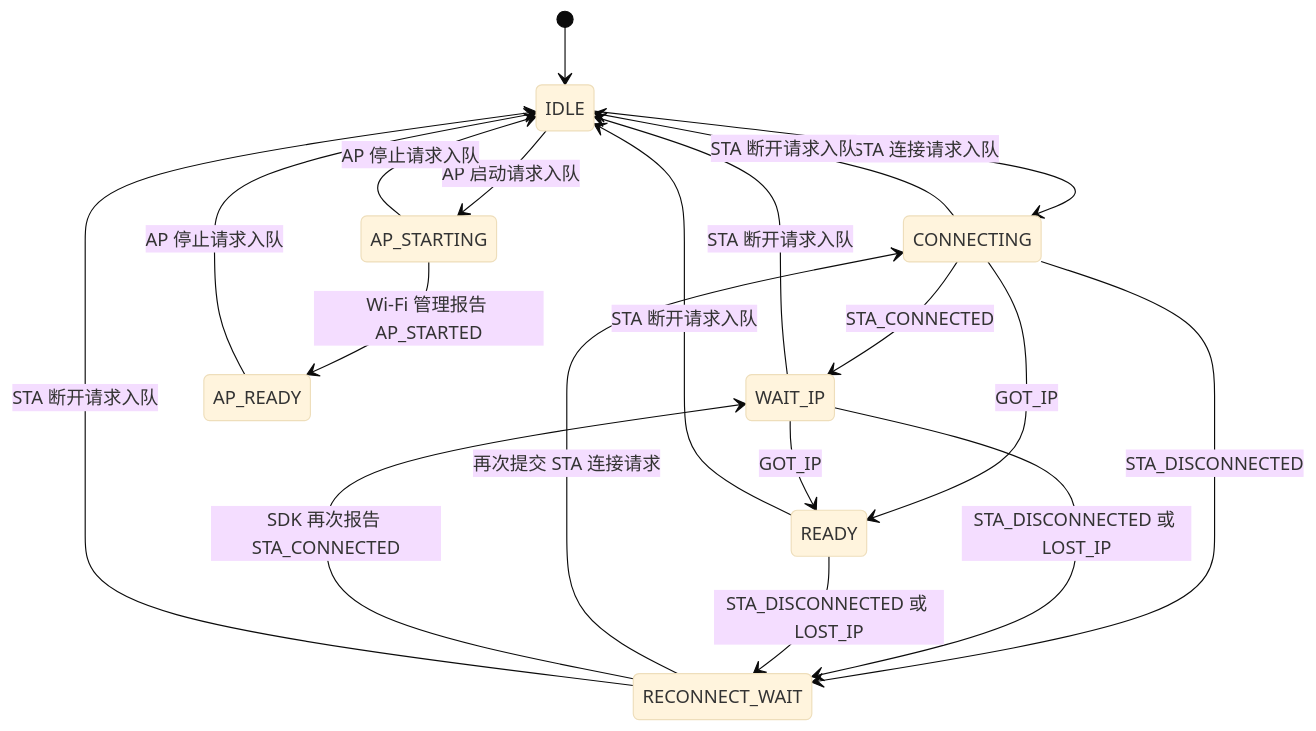
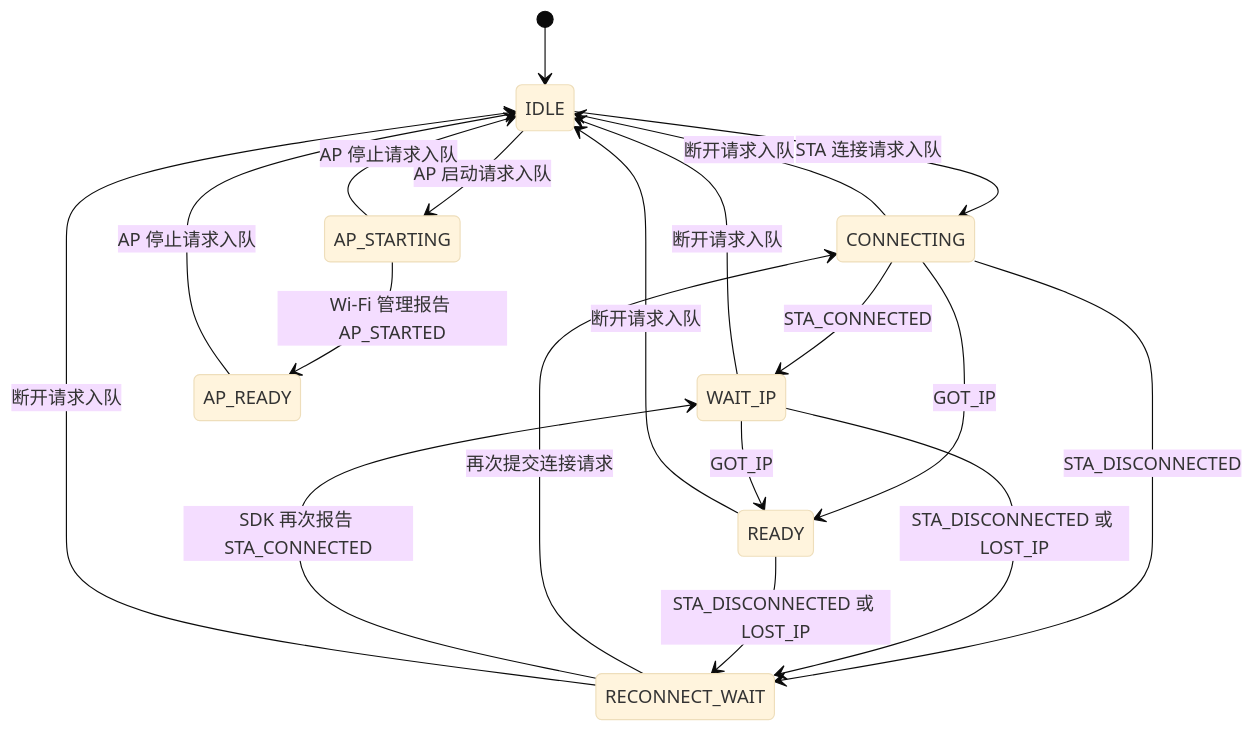
One commit to dragonxiaoex/bk7239 changed the third of 3 diagrams in docs/network_wifi.md. Above: the diagram before and after it, drawn with Mermaid (base theme). The commit also changed other lines of this file and 13 other files, not shown here.

````diff
--- a/docs/network_wifi.md
+++ b/docs/network_wifi.md
@@ -134,21 +140,21 @@
 ```mermaid
 stateDiagram-v2
     [*] --> IDLE
     IDLE --> CONNECTING: STA 连接请求入队
     CONNECTING --> WAIT_IP: STA_CONNECTED
     CONNECTING --> READY: GOT_IP
     WAIT_IP --> READY: GOT_IP
     CONNECTING --> RECONNECT_WAIT: STA_DISCONNECTED
     WAIT_IP --> RECONNECT_WAIT: STA_DISCONNECTED 或 LOST_IP
     READY --> RECONNECT_WAIT: STA_DISCONNECTED 或 LOST_IP
-    RECONNECT_WAIT --> CONNECTING: 再次提交 STA 连接请求
+    RECONNECT_WAIT --> CONNECTING: 再次提交连接请求
     RECONNECT_WAIT --> WAIT_IP: SDK 再次报告 STA_CONNECTED
-    CONNECTING --> IDLE: STA 断开请求入队
-    WAIT_IP --> IDLE: STA 断开请求入队
-    READY --> IDLE: STA 断开请求入队
-    RECONNECT_WAIT --> IDLE: STA 断开请求入队
+    CONNECTING --> IDLE: 断开请求入队
+    WAIT_IP --> IDLE: 断开请求入队
+    READY --> IDLE: 断开请求入队
+    RECONNECT_WAIT --> IDLE: 断开请求入队
     IDLE --> AP_STARTING: AP 启动请求入队
     AP_STARTING --> AP_READY: Wi-Fi 管理报告 AP_STARTED
     AP_STARTING --> IDLE: AP 停止请求入队
     AP_READY --> IDLE: AP 停止请求入队
 ```
````
